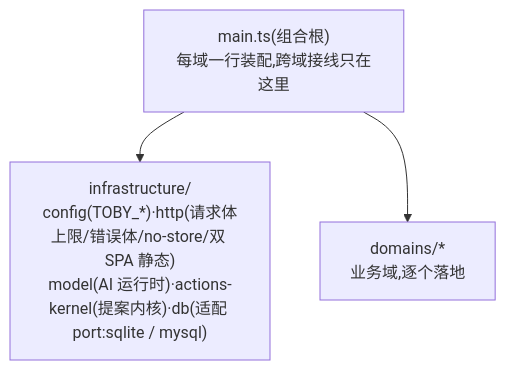
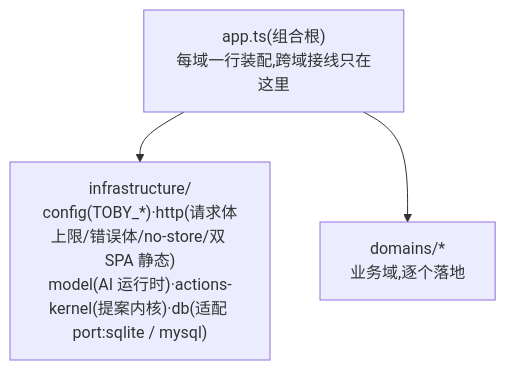
The third of 3 diagrams in docs/system-overview.zh.md (dengyusys/toby), drawn with Mermaid before and after one commit. The commit also changed other lines of this file and 21 other files, not shown here.

````diff
--- a/docs/system-overview.zh.md
+++ b/docs/system-overview.zh.md
@@ -114,8 +114,8 @@
 ```mermaid
 flowchart TB
-    BOOT["main.ts(组合根)<br/>每域一行装配,跨域接线只在这里"]
+    BOOT["app.ts(组合根)<br/>每域一行装配,跨域接线只在这里"]
     INFRA["infrastructure/<br/>config(TOBY_*)·http(请求体上限/错误体/no-store/双 SPA 静态)<br/>model(AI 运行时)·actions-kernel(提案内核)·db(适配 port:sqlite / mysql)"]
     DOM["domains/*<br/>业务域,逐个落地"]
     BOOT --> INFRA
     BOOT --> DOM
 ```
````
